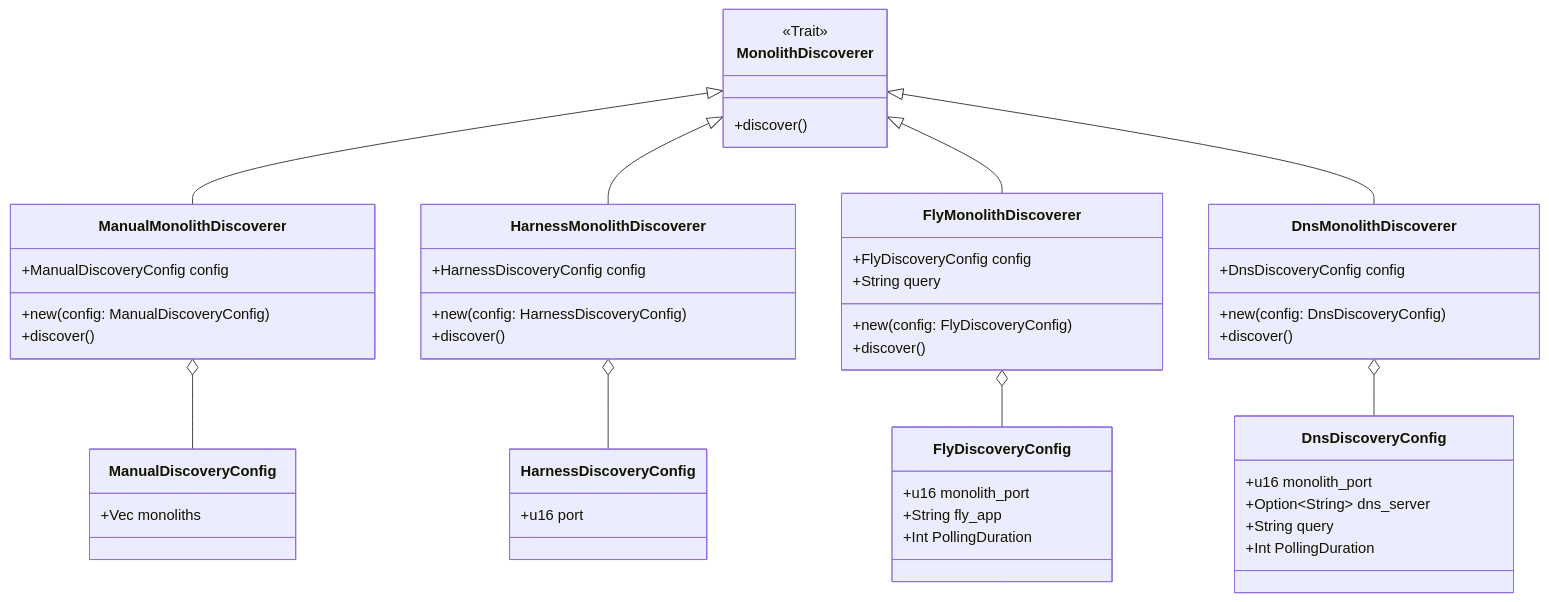
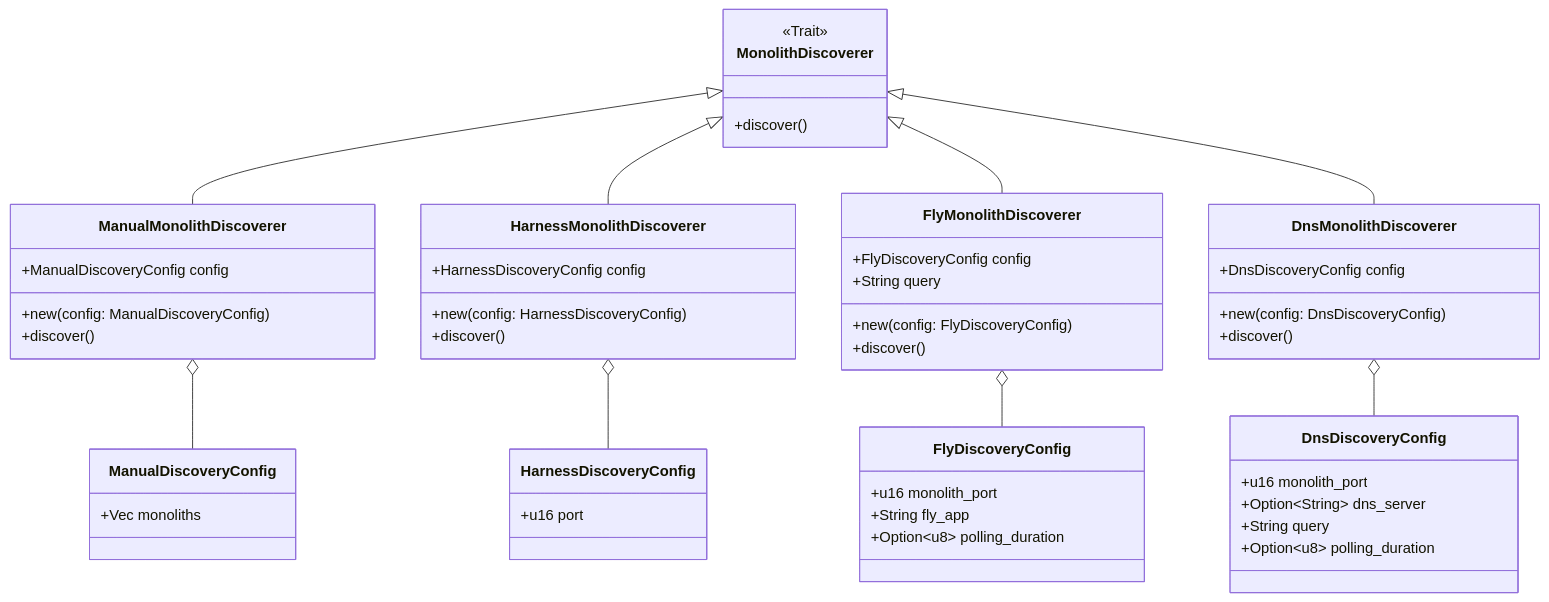
Before and after one commit to dyc3/senior-design: the diagram in figures/discovery/monolith-discoverers.mmd, drawn with Mermaid. The commit also changed 4 other files, not shown here.

Commit message:
removed unused figures and updated figure 27

```diff
--- a/figures/discovery/monolith-discoverers.mmd
+++ b/figures/discovery/monolith-discoverers.mmd
@@ -1,48 +1,48 @@
 classDiagram
     direction BT
     class MonolithDiscoverer {
         <<Trait>>
         +discover()
     }
     ManualMonolithDiscoverer --|> MonolithDiscoverer
     HarnessMonolithDiscoverer --|> MonolithDiscoverer
     FlyMonolithDiscoverer --|> MonolithDiscoverer
     DnsMonolithDiscoverer --|> MonolithDiscoverer
 
     DnsDiscoveryConfig --o DnsMonolithDiscoverer
     DnsDiscoveryConfig : +u16 monolith_port
     DnsDiscoveryConfig : +Option~String~ dns_server
     DnsDiscoveryConfig : +String query
-    DnsDiscoveryConfig : +Int PollingDuration
+    DnsDiscoveryConfig : +Option~u8~ polling_duration
     class DnsMonolithDiscoverer{
         +DnsDiscoveryConfig config
         +new(config: DnsDiscoveryConfig)
         +discover()
     }
 
     FlyDiscoveryConfig --o FlyMonolithDiscoverer
     FlyDiscoveryConfig : +u16 monolith_port
     FlyDiscoveryConfig : +String fly_app
-    FlyDiscoveryConfig : +Int PollingDuration
+    FlyDiscoveryConfig : +Option~u8~ polling_duration
     class FlyMonolithDiscoverer{
         +FlyDiscoveryConfig config
         +String query
         +new(config: FlyDiscoveryConfig)
         +discover()
     }
 
     ManualDiscoveryConfig --o ManualMonolithDiscoverer
     ManualDiscoveryConfig : +Vec monoliths
     class ManualMonolithDiscoverer{
         +ManualDiscoveryConfig config
         +new(config: ManualDiscoveryConfig)
         +discover()
     }
 
     HarnessDiscoveryConfig --o HarnessMonolithDiscoverer
     HarnessDiscoveryConfig : +u16 port
     class HarnessMonolithDiscoverer{
         +HarnessDiscoveryConfig config
         +new(config: HarnessDiscoveryConfig)
         +discover()
     }
```
